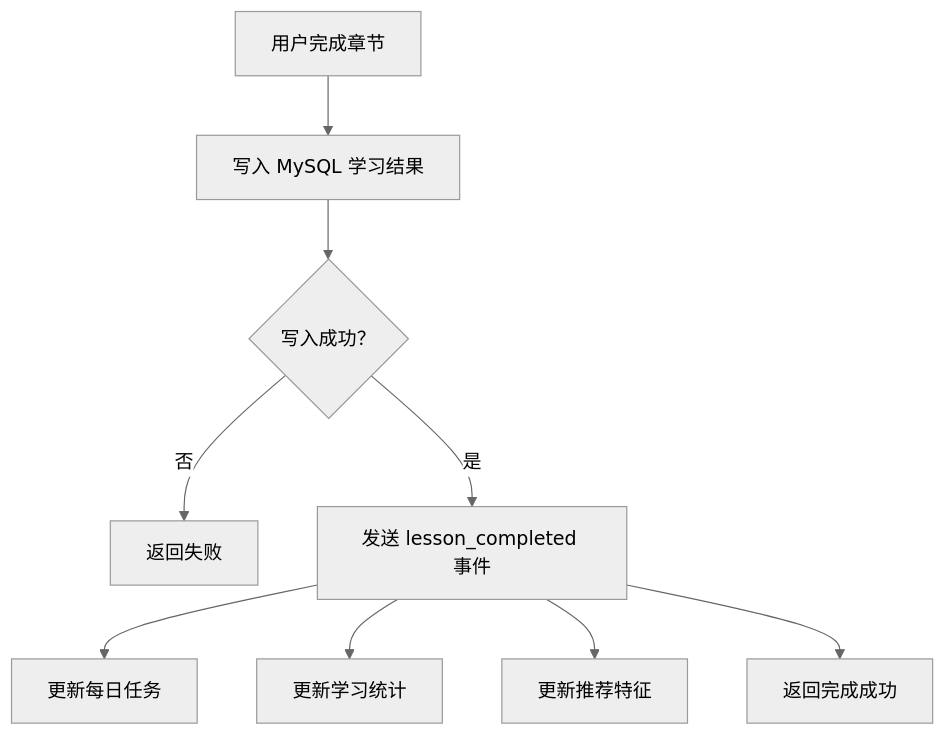
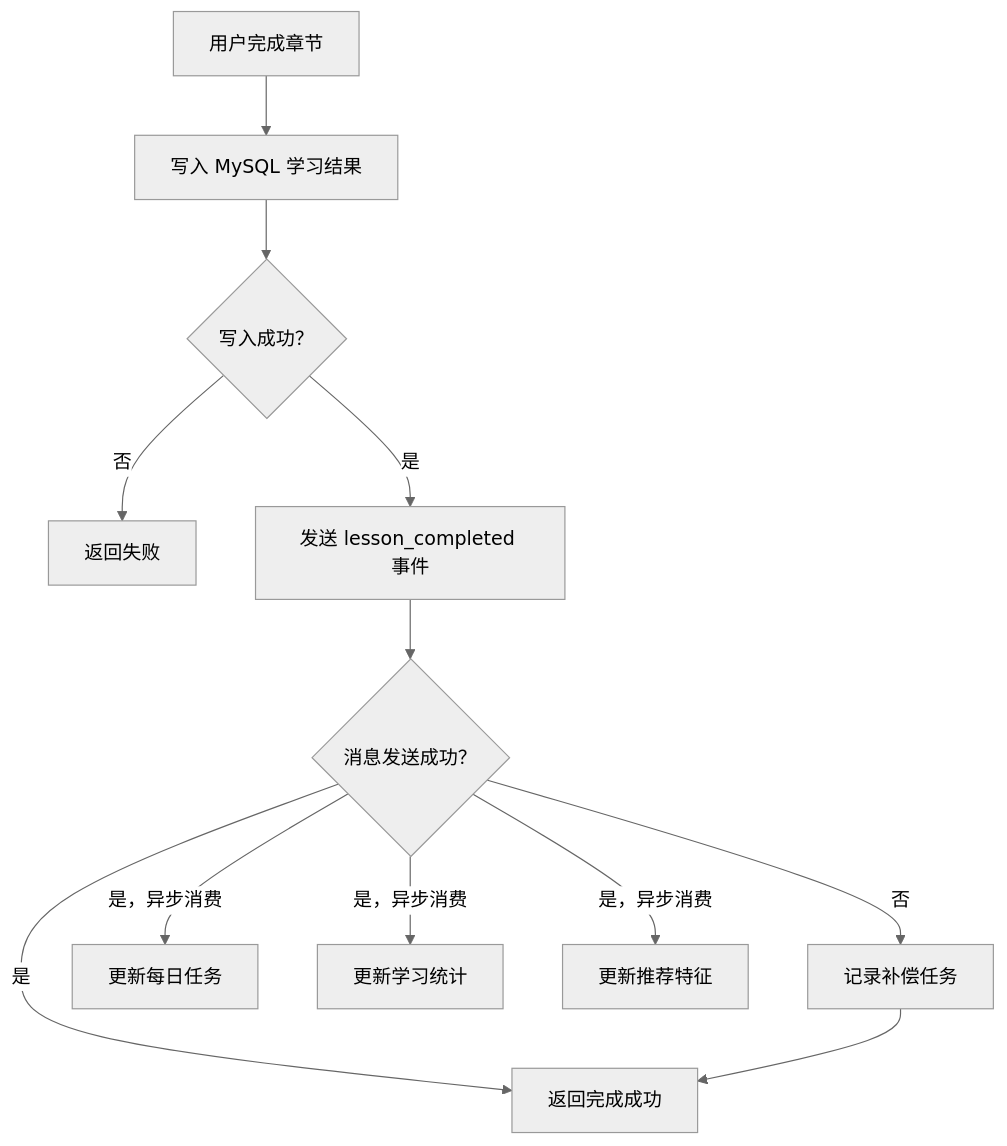
The fourth of 7 diagrams in docs/redis/201-在线学习活动系统.md (zdl20251023-pixel/agent-frame), drawn with Mermaid (neutral theme) before and after one commit. The commit also changed other lines of this file, not shown here.

````diff
--- a/docs/redis/201-在线学习活动系统.md
+++ b/docs/redis/201-在线学习活动系统.md
@@ -690,14 +616,17 @@
 ```mermaid
 flowchart TB
     A["用户完成章节"] --> B["写入 MySQL 学习结果"]
     B --> C{"写入成功？"}
 
     C -->|否| D["返回失败"]
     C -->|是| E["发送 lesson_completed 事件"]
+    E --> F{"消息发送成功？"}
 
-    E --> F["更新每日任务"]
-    E --> G["更新学习统计"]
-    E --> H["更新推荐特征"]
+    F -->|是| G["返回完成成功"]
+    F -->|否| H["记录补偿任务"]
+    H --> G
 
-    E --> I["返回完成成功"]
+    F -->|是，异步消费| I["更新每日任务"]
+    F -->|是，异步消费| J["更新学习统计"]
+    F -->|是，异步消费| K["更新推荐特征"]
 ```
````
